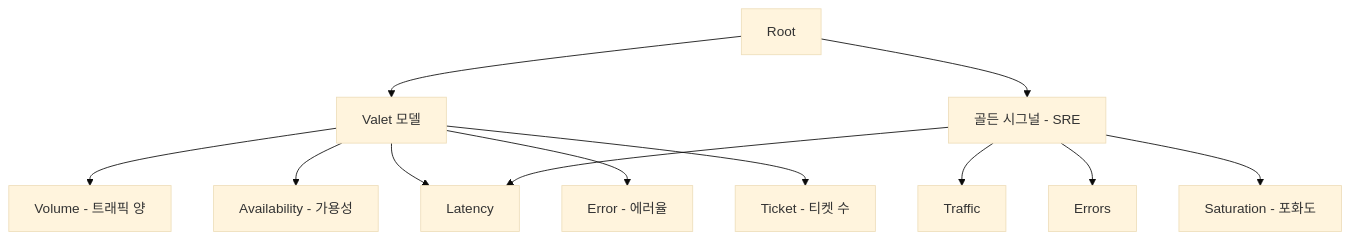
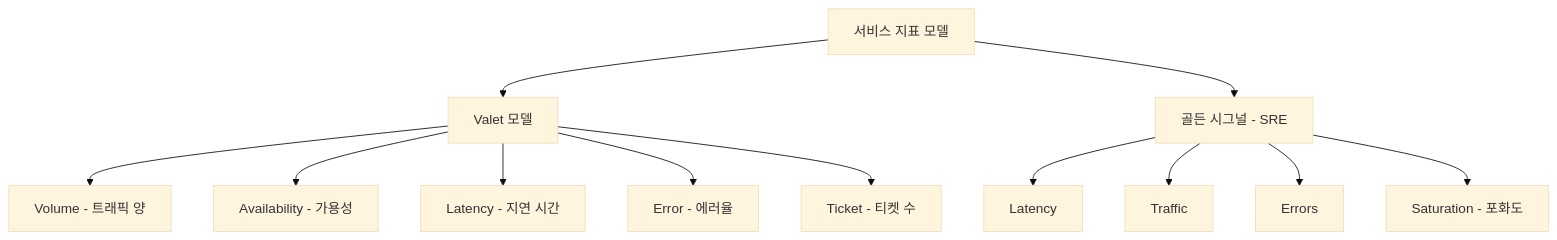
Before and after one commit to jeonck/fw-thinking: the second of 2 diagrams in docs/09-quality-management/sla-slo-sli.md, drawn with Mermaid (base theme). The commit also changed 3 other files, not shown here.

````diff
--- a/docs/09-quality-management/sla-slo-sli.md
+++ b/docs/09-quality-management/sla-slo-sli.md
@@ -45,14 +45,14 @@
 ```mermaid
 flowchart TD
-  Root --> Valet[Valet 모델]
-  Valet --> Volume[Volume - 트래픽 양]
-  Valet --> Availability[Availability - 가용성]
-  Valet --> Latency[Latency - 지연 시간]
-  Valet --> Error[Error - 에러율]
-  Valet --> Ticket[Ticket - 티켓 수]
-  Root --> SRE[골든 시그널 - SRE]
-  SRE --> Latency[Latency]
-  SRE --> Traffic[Traffic]
-  SRE --> Errors[Errors]
-  SRE --> Saturation[Saturation - 포화도]
+  Root["서비스 지표 모델"] --> Valet["Valet 모델"]
+  Valet --> Volume["Volume - 트래픽 양"]
+  Valet --> Availability["Availability - 가용성"]
+  Valet --> Latency["Latency - 지연 시간"]
+  Valet --> Error["Error - 에러율"]
+  Valet --> Ticket["Ticket - 티켓 수"]
+  Root --> SRE["골든 시그널 - SRE"]
+  SRE --> LatencySRE["Latency"]
+  SRE --> TrafficSRE["Traffic"]
+  SRE --> ErrorsSRE["Errors"]
+  SRE --> Saturation["Saturation - 포화도"]
 ```
````
